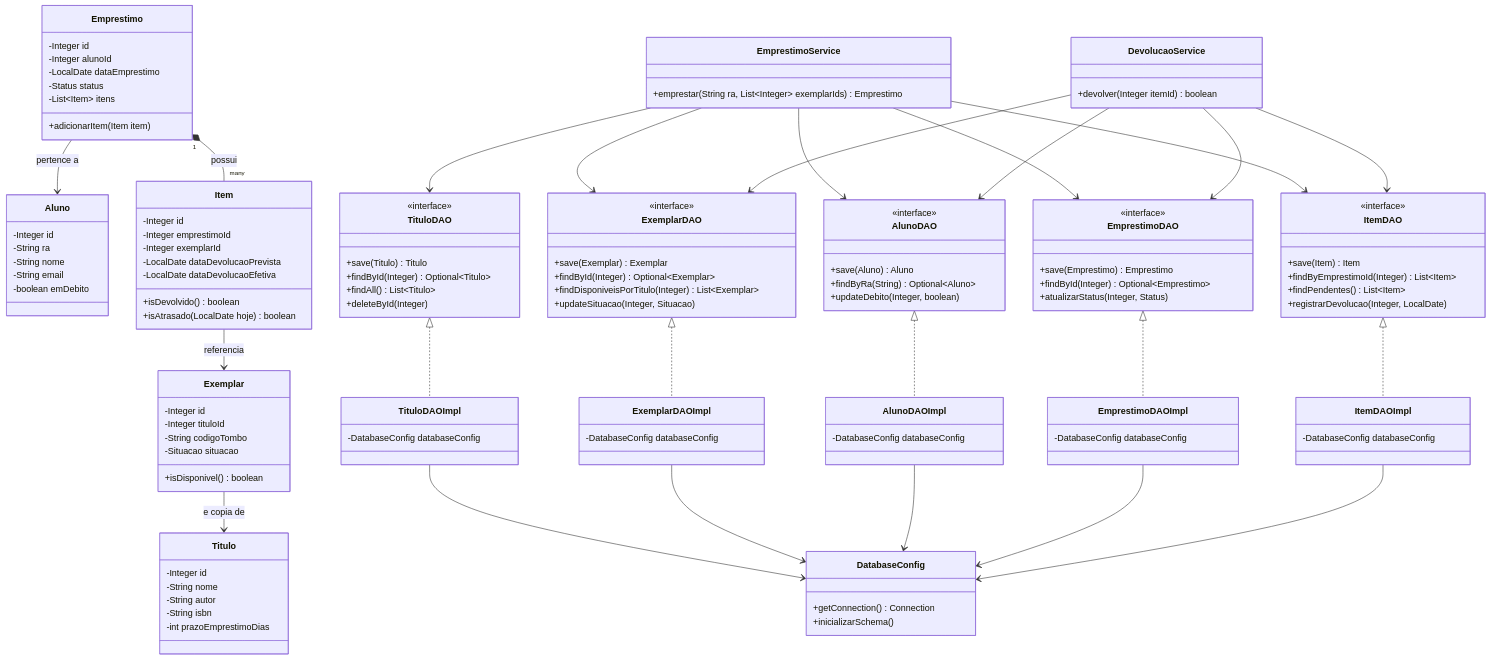
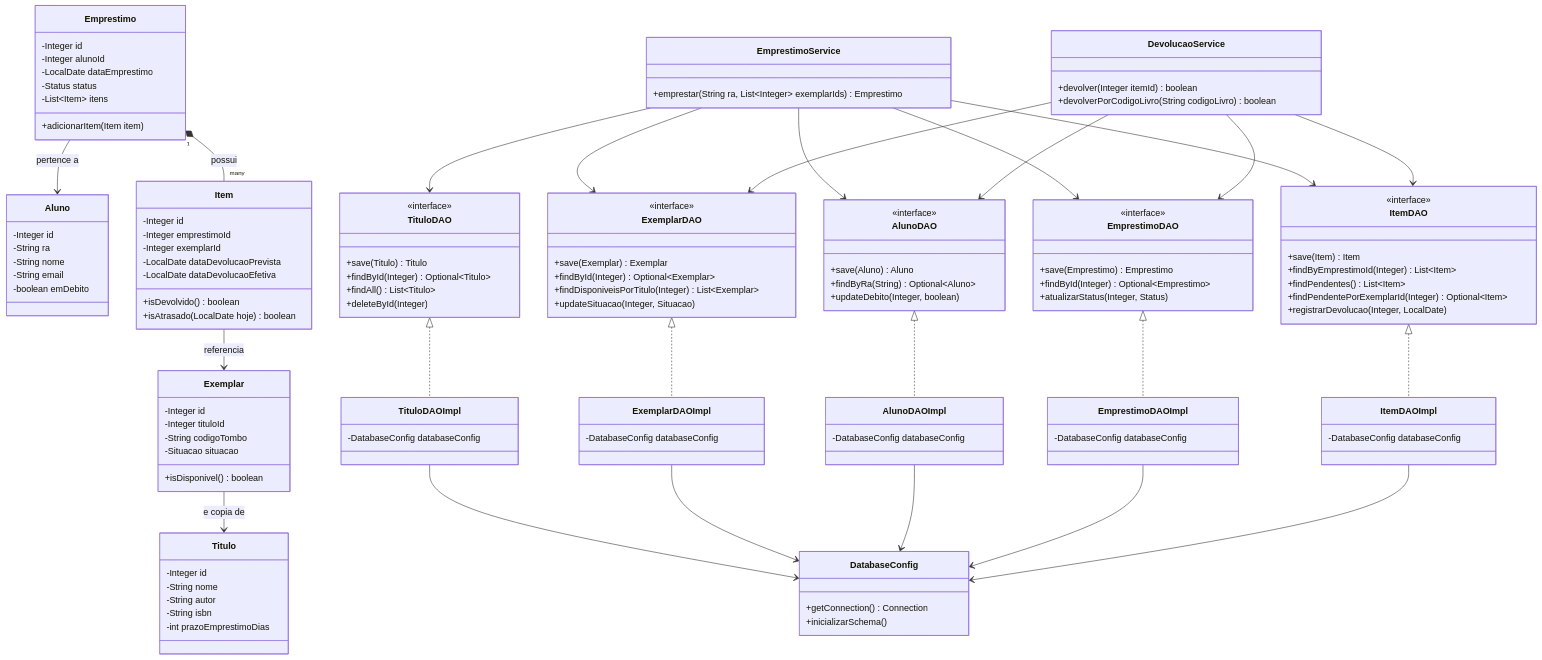
Before and after one commit to LuizGirottoo/Sistema-Biblioteca: the second of 5 diagrams in docs/arquitetura.md, drawn with Mermaid. The commit also changed other lines of this file, not shown here.

First line of the commit message:
Enhance 'Devolver Livro' use case with new flows

```diff
--- a/docs/arquitetura.md
+++ b/docs/arquitetura.md
@@ -152,6 +152,7 @@
         +save(Item) Item
         +findByEmprestimoId(Integer) List~Item~
         +findPendentes() List~Item~
+        +findPendentePorExemplarId(Integer) Optional~Item~
         +registrarDevolucao(Integer, LocalDate)
     }
     class ItemDAOImpl {
@@ -163,6 +164,7 @@
     }
     class DevolucaoService {
         +devolver(Integer itemId) boolean
+        +devolverPorCodigoLivro(String codigoLivro) boolean
     }
 
     class DatabaseConfig {
```
